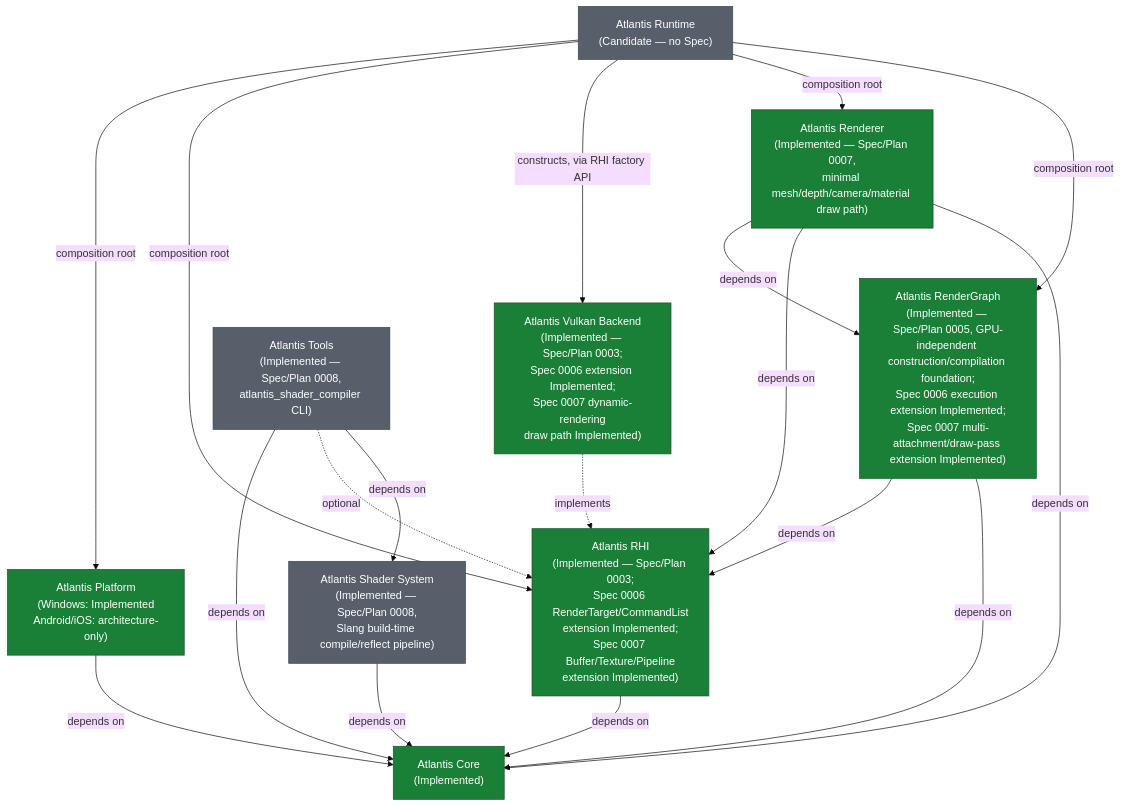
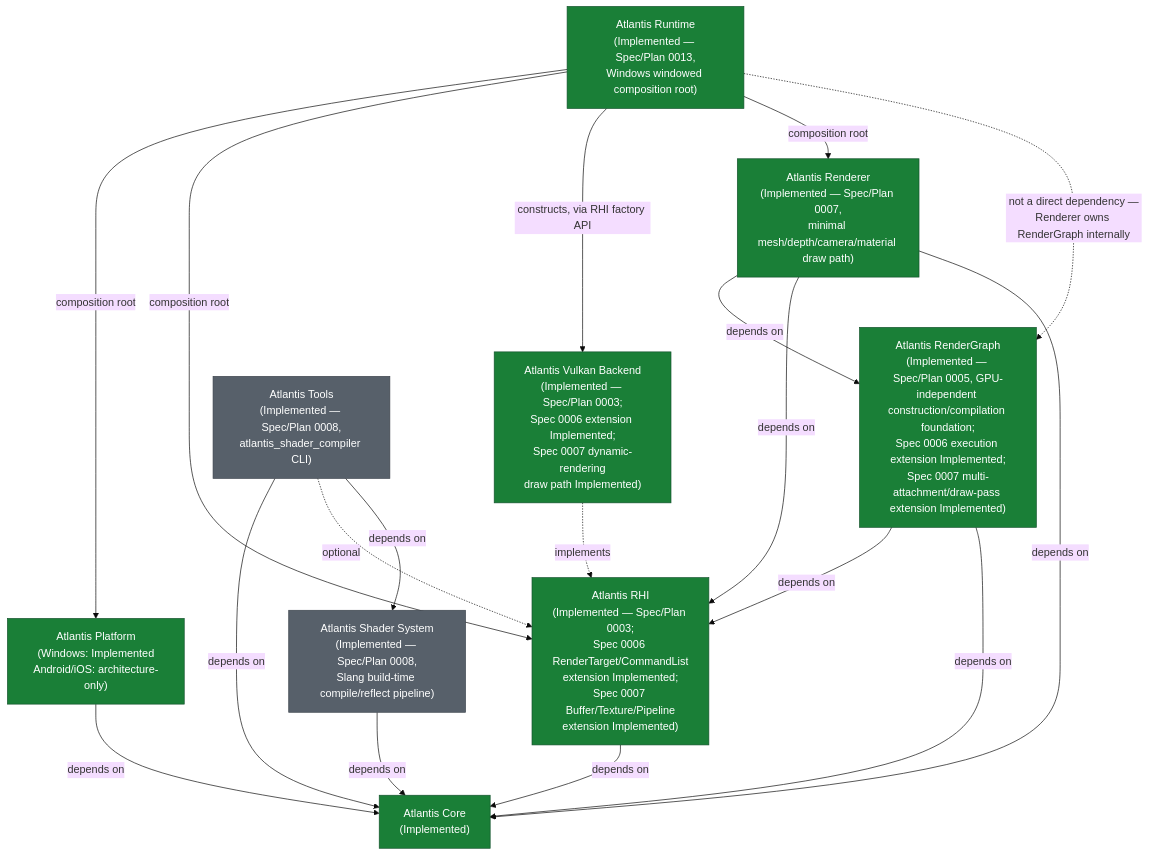
One commit to slmao/Atlantis changed the diagram in docs/project-blueprint.md. Above: the diagram before and after it, drawn with Mermaid (base theme). The commit also changed other lines of this file and 4 other files, not shown here.

First line of the commit message:
docs: record Runtime Host Foundation as implemented and merged

````diff
--- a/docs/project-blueprint.md
+++ b/docs/project-blueprint.md
@@ -95,47 +95,47 @@
 ```mermaid
 graph TD
     Core["Atlantis Core<br/>(Implemented)"]
 
     Platform["Atlantis Platform<br/>(Windows: Implemented<br/>Android/iOS: architecture-only)"]
     RHI["Atlantis RHI<br/>(Implemented — Spec/Plan 0003;<br/>Spec 0006 RenderTarget/CommandList<br/>extension Implemented;<br/>Spec 0007 Buffer/Texture/Pipeline<br/>extension Implemented)"]
     VulkanBackend["Atlantis Vulkan Backend<br/>(Implemented — Spec/Plan 0003;<br/>Spec 0006 extension Implemented;<br/>Spec 0007 dynamic-rendering<br/>draw path Implemented)"]
     RenderGraph["Atlantis RenderGraph<br/>(Implemented — Spec/Plan 0005, GPU-independent construction/compilation foundation;<br/>Spec 0006 execution extension Implemented;<br/>Spec 0007 multi-attachment/draw-pass extension Implemented)"]
     Renderer["Atlantis Renderer<br/>(Implemented — Spec/Plan 0007,<br/>minimal mesh/depth/camera/material draw path)"]
     ShaderSystem["Atlantis Shader System<br/>(Implemented — Spec/Plan 0008,<br/>Slang build-time compile/reflect pipeline)"]
-    Runtime["Atlantis Runtime<br/>(Candidate — no Spec)"]
+    Runtime["Atlantis Runtime<br/>(Implemented — Spec/Plan 0013,<br/>Windows windowed composition root)"]
     Tools["Atlantis Tools<br/>(Implemented — Spec/Plan 0008,<br/>atlantis_shader_compiler CLI)"]
 
     Platform -->|depends on| Core
     RHI -->|depends on| Core
     RenderGraph -->|depends on| RHI
     RenderGraph -->|depends on| Core
     Renderer -->|depends on| RenderGraph
     Renderer -->|depends on| RHI
     Renderer -->|depends on| Core
     ShaderSystem -->|depends on| Core
     Tools -->|depends on| Core
     Tools -.->|optional| RHI
     Tools -->|depends on| ShaderSystem
 
     VulkanBackend -.->|implements| RHI
 
     Runtime -->|composition root| Platform
     Runtime -->|composition root| RHI
     Runtime -->|constructs, via RHI factory API| VulkanBackend
     Runtime -->|composition root| Renderer
-    Runtime -->|composition root| RenderGraph
+    Runtime -.->|not a direct dependency —<br/>Renderer owns RenderGraph internally| RenderGraph
 
     classDef implemented fill:#1a7f37,color:#fff,stroke:#14532d
     classDef approved fill:#9a6700,color:#fff,stroke:#7c5300
     classDef candidate fill:#57606a,color:#fff,stroke:#3d444d
 
     class Core implemented
     class Platform implemented
     class RHI implemented
     class VulkanBackend implemented
     class RenderGraph implemented
     class Renderer implemented
     class ShaderSystem candidate
-    class Runtime candidate
+    class Runtime implemented
     class Tools candidate
 ```
````
